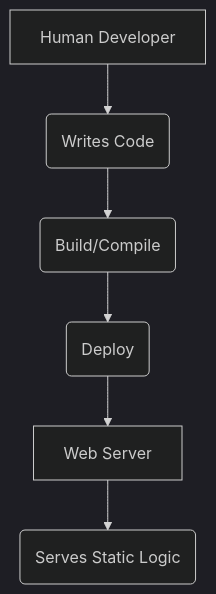
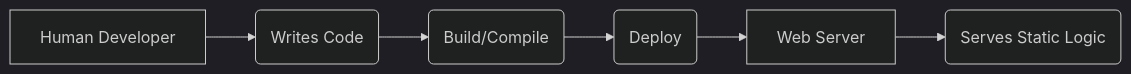
Before and after one commit to tjfontaine/http-llm-server: the first of 3 diagrams in README.md, drawn with Mermaid (dark theme). The commit also changed other lines of this file, not shown here.

Commit message:
docs: Change mermaid diagrams to left-to-right orientation

````diff
--- a/README.md
+++ b/README.md
@@ -16,8 +16,8 @@
 ```mermaid
-graph TD;
+graph LR;
     A["Human Developer"] --> B("Writes Code");
     B --> C("Build/Compile");
     C --> D("Deploy");
     D --> E["Web Server"];
     E --> F("Serves Static Logic");
 ```
````
